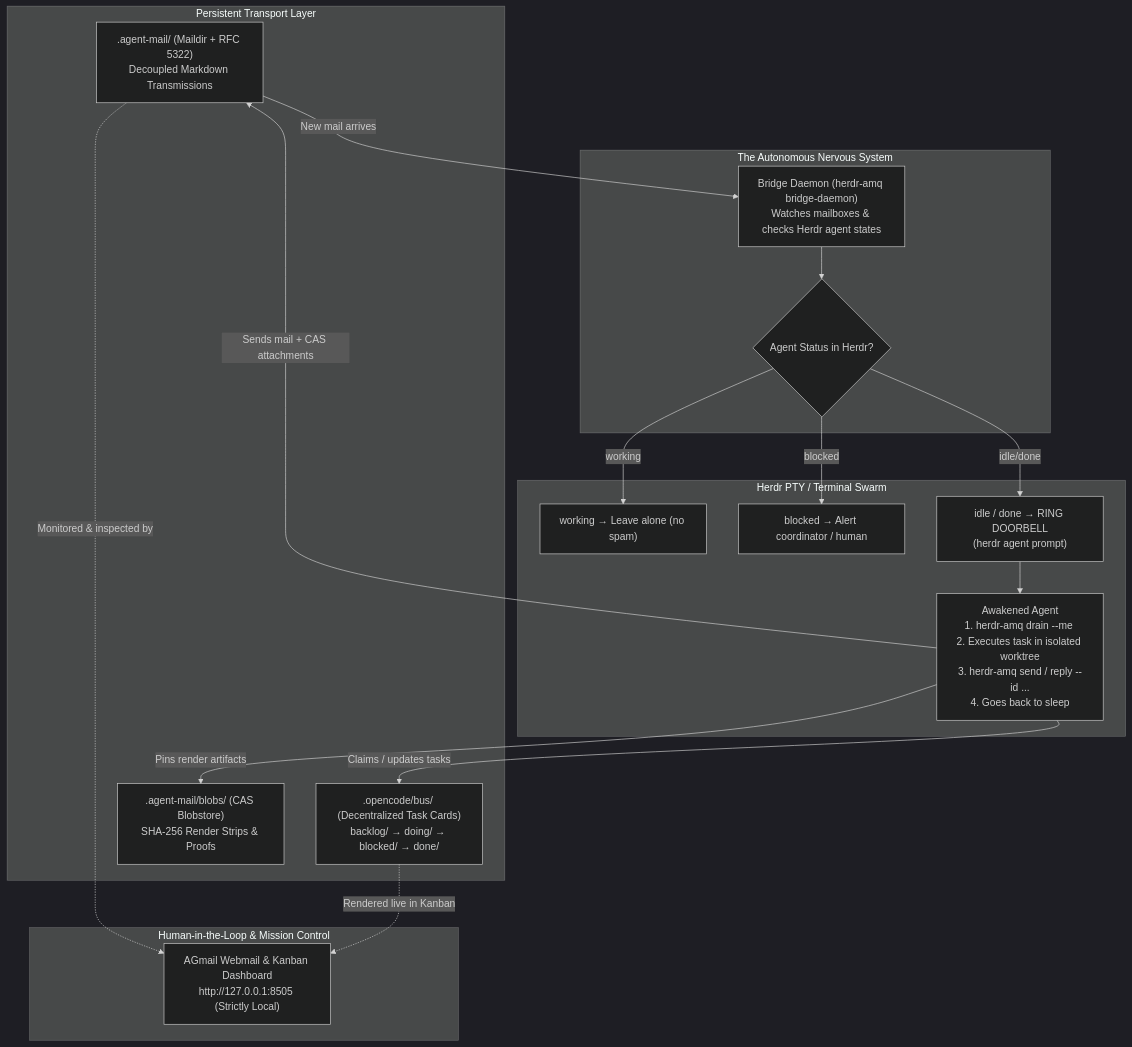
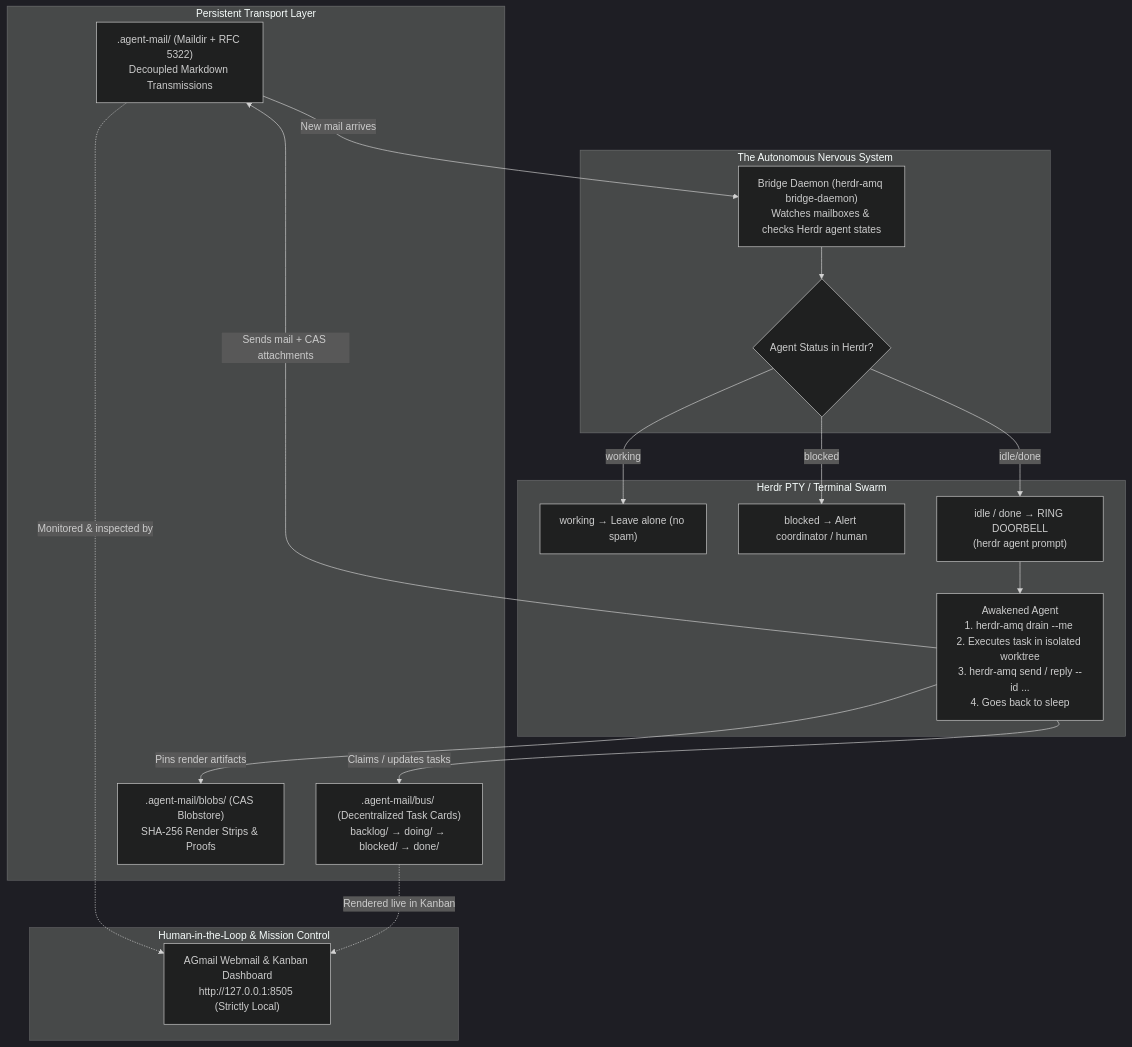
Before and after one commit to cabra-lat/herdr-plugin-amq: the diagram in README.md, drawn with Mermaid (dark theme). The commit also changed other lines of this file and 14 other files, not shown here.

````diff
--- a/README.md
+++ b/README.md
@@ -32,36 +32,36 @@
 ```mermaid
 flowchart TD
     subgraph Storage ["Persistent Transport Layer"]
         AMQ[".agent-mail/ (Maildir + RFC 5322)<br/>Decoupled Markdown Transmissions"]
-        BUS[".opencode/bus/ (Decentralized Task Cards)<br/>backlog/ → doing/ → blocked/ → done/"]
+        BUS[".agent-mail/bus/ (Decentralized Task Cards)<br/>backlog/ → doing/ → blocked/ → done/"]
         CAS[".agent-mail/blobs/ (CAS Blobstore)<br/>SHA-256 Render Strips & Proofs"]
     end
 
     subgraph Bridge ["The Autonomous Nervous System"]
         DAEMON["Bridge Daemon (herdr-amq bridge-daemon)<br/>Watches mailboxes & checks Herdr agent states"]
         DOORBELL{"Agent Status in Herdr?"}
     end
 
     subgraph Execution ["Herdr PTY / Terminal Swarm"]
         H_BUSY["working → Leave alone (no spam)"]
         H_BLOCKED["blocked → Alert coordinator / human"]
         H_IDLE["idle / done → RING DOORBELL<br/>(herdr agent prompt)"]
         AGENT["Awakened Agent<br/>1. herdr-amq drain --me <handle><br/>2. Executes task in isolated worktree<br/>3. herdr-amq send / reply --id ...<br/>4. Goes back to sleep"]
     end
 
     subgraph Oversight ["Human-in-the-Loop & Mission Control"]
         AGMAIL["AGmail Webmail & Kanban Dashboard<br/>http://127.0.0.1:8505 (Strictly Local)"]
     end
 
     AMQ -->|New mail arrives| DAEMON
     DAEMON --> DOORBELL
     DOORBELL -->|working| H_BUSY
     DOORBELL -->|blocked| H_BLOCKED
     DOORBELL -->|idle/done| H_IDLE
     H_IDLE --> AGENT
     AGENT -->|Sends mail + CAS attachments| AMQ
     AGENT -->|Claims / updates tasks| BUS
     AGENT -->|Pins render artifacts| CAS
     AMQ -.->|Monitored & inspected by| AGMAIL
     BUS -.->|Rendered live in Kanban| AGMAIL
 ```
````
